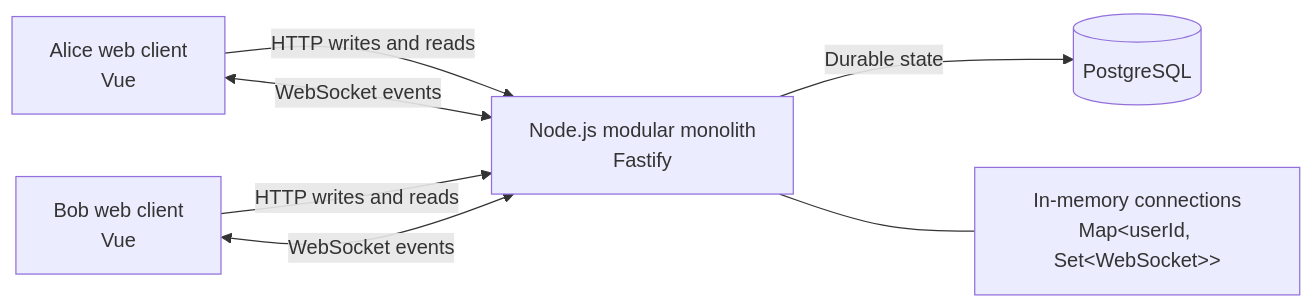
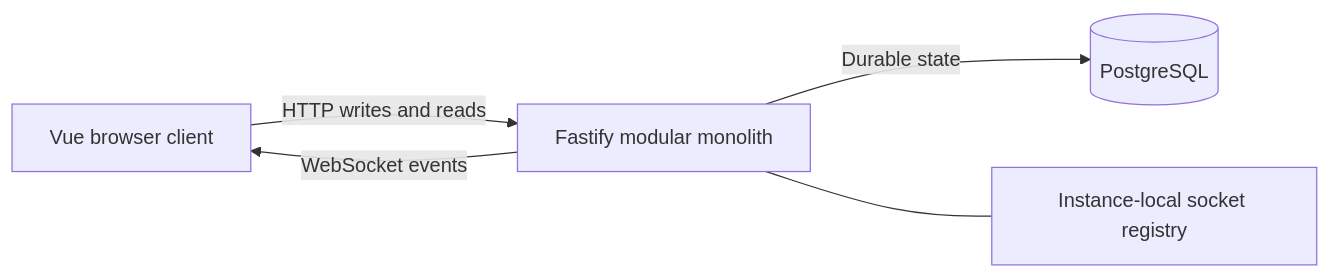
One commit to vpdiogo/newmessenger changed the diagram in docs/architecture/initial-architecture.md. Above: the diagram before and after it, drawn with Mermaid. The commit also changed other lines of this file and 6 other files, not shown here.

Commit message:
docs: align architecture and setup with current behavior

````diff
--- a/docs/architecture/initial-architecture.md
+++ b/docs/architecture/initial-architecture.md
@@ -11,15 +15,11 @@
 ```mermaid
 flowchart LR
-  alice["Alice web client<br/>Vue"]
-  bob["Bob web client<br/>Vue"]
-  app["Node.js modular monolith<br/>Fastify"]
-  database[("PostgreSQL")]
-  sockets["In-memory connections<br/>Map&lt;userId, Set&lt;WebSocket&gt;&gt;"]
-
-  alice -->|HTTP writes and reads| app
-  bob -->|HTTP writes and reads| app
-  alice <-->|WebSocket events| app
-  bob <-->|WebSocket events| app
-  app -->|Durable state| database
+  client[Vue browser client]
+  app[Fastify modular monolith]
+  db[(PostgreSQL)]
+  sockets[Instance-local socket registry]
+  client -->|HTTP writes and reads| app
+  app -->|WebSocket events| client
+  app -->|Durable state| db
   app --- sockets
 ```
````
